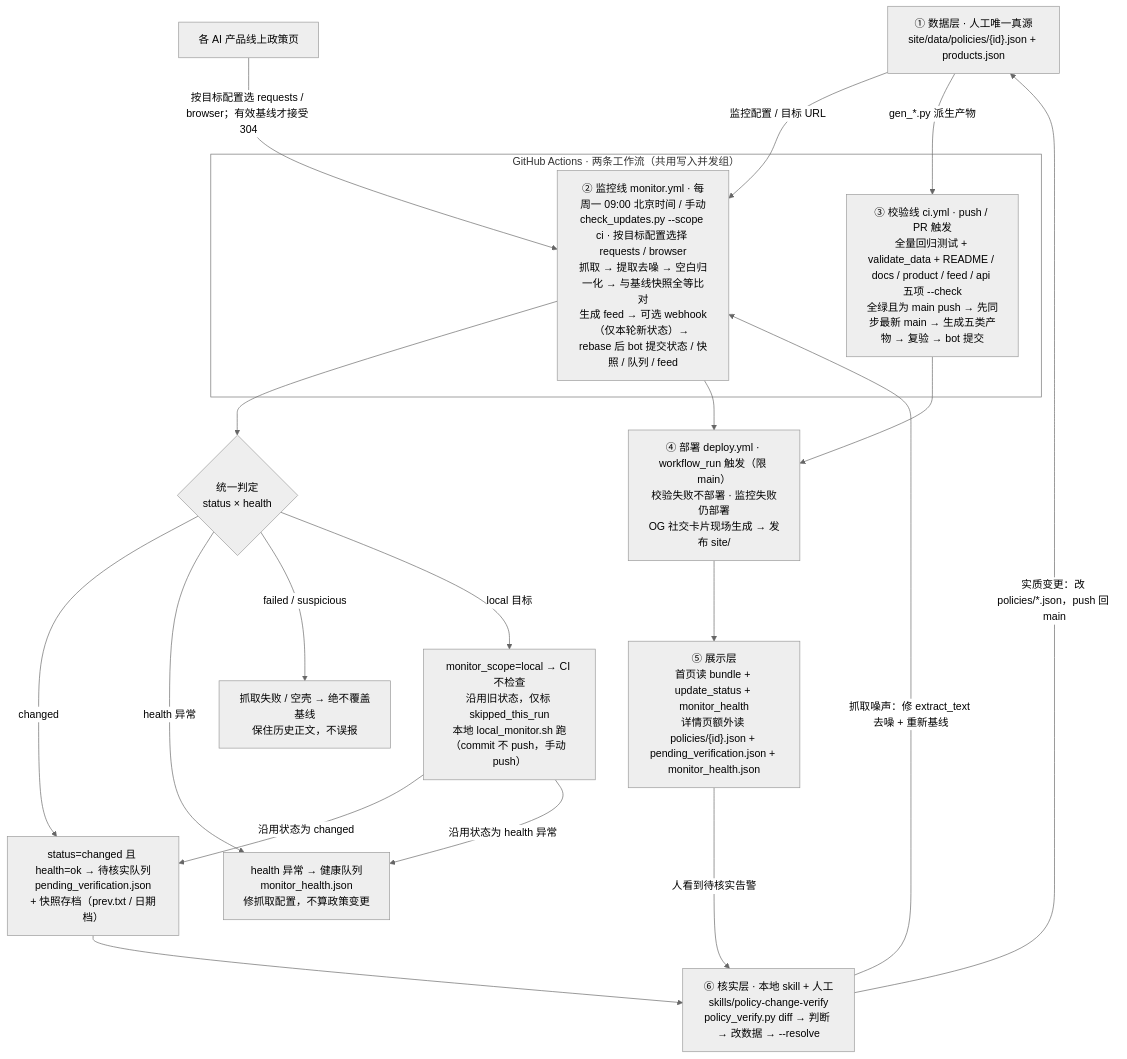
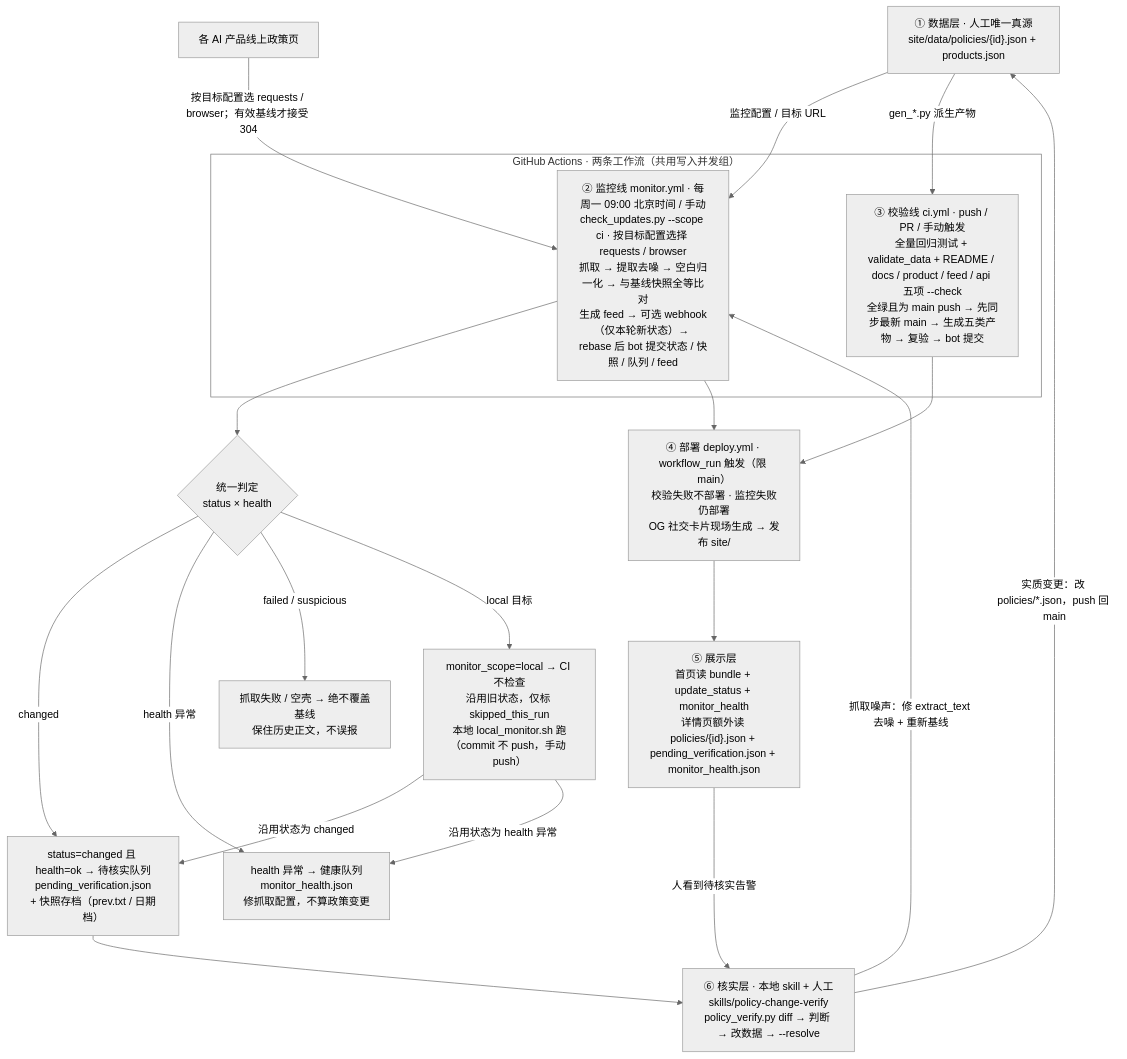
Before and after one commit to 838860610/ai-policy-tracker: the diagram in docs/architecture.md, drawn with Mermaid (neutral theme). The commit also changed other lines of this file and 11 other files, not shown here.

````diff
--- a/docs/architecture.md
+++ b/docs/architecture.md
@@ -9,42 +9,42 @@
 ```mermaid
 flowchart TD
     SRC["① 数据层 · 人工唯一真源<br/>site/data/policies/{id}.json + products.json"]
     PAGES["各 AI 产品线上政策页"]
 
     subgraph ACTIONS["GitHub Actions · 两条工作流（共用写入并发组）"]
         MON["② 监控线 monitor.yml · 每周一 09:00 北京时间 / 手动<br/>check_updates.py --scope ci · 按目标配置选择 requests / browser<br/>抓取 → 提取去噪 → 空白归一化 → 与基线快照全等比对<br/>生成 feed → 可选 webhook（仅本轮新状态）→ rebase 后 bot 提交状态 / 快照 / 队列 / feed"]
-        CI["③ 校验线 ci.yml · push / PR 触发<br/>全量回归测试 + validate_data + README / docs / product / feed / api 五项 --check<br/>全绿且为 main push → 先同步最新 main → 生成五类产物 → 复验 → bot 提交"]
+        CI["③ 校验线 ci.yml · push / PR / 手动触发<br/>全量回归测试 + validate_data + README / docs / product / feed / api 五项 --check<br/>全绿且为 main push → 先同步最新 main → 生成五类产物 → 复验 → bot 提交"]
     end
 
     AXIS{"统一判定<br/>status × health"}
     B1["status=changed 且 health=ok → 待核实队列<br/>pending_verification.json<br/>+ 快照存档（prev.txt / 日期档）"]
     B2["health 异常 → 健康队列<br/>monitor_health.json<br/>修抓取配置，不算政策变更"]
     B3["抓取失败 / 空壳 → 绝不覆盖基线<br/>保住历史正文，不误报"]
     B4["monitor_scope=local → CI 不检查<br/>沿用旧状态，仅标 skipped_this_run<br/>本地 local_monitor.sh 跑（commit 不 push，手动 push）"]
 
     DEPLOY["④ 部署 deploy.yml · workflow_run 触发（限 main）<br/>校验失败不部署 · 监控失败仍部署<br/>OG 社交卡片现场生成 → 发布 site/"]
     SITE["⑤ 展示层<br/>首页读 bundle + update_status + monitor_health<br/>详情页额外读 policies/{id}.json + pending_verification.json + monitor_health.json"]
     VERIFY["⑥ 核实层 · 本地 skill + 人工<br/>skills/policy-change-verify<br/>policy_verify.py diff → 判断 → 改数据 → --resolve"]
 
     PAGES -->|"按目标配置选 requests / browser；有效基线才接受 304"| MON
     SRC -->|"监控配置 / 目标 URL"| MON
     SRC -->|"gen_*.py 派生产物"| CI
 
     MON --> AXIS
     AXIS -->|"changed"| B1
     AXIS -->|"health 异常"| B2
     AXIS -->|"failed / suspicious"| B3
     AXIS -->|"local 目标"| B4
 
     B1 --> VERIFY
     B4 -->|"沿用状态为 changed"| B1
     B4 -->|"沿用状态为 health 异常"| B2
     MON --> DEPLOY
     CI --> DEPLOY
     DEPLOY --> SITE
     SITE -->|"人看到待核实告警"| VERIFY
     VERIFY -->|"实质变更：改 policies/*.json，push 回 main"| SRC
     VERIFY -->|"抓取噪声：修 extract_text 去噪 + 重新基线"| MON
 
     style ACTIONS fill:none
 ```
````
